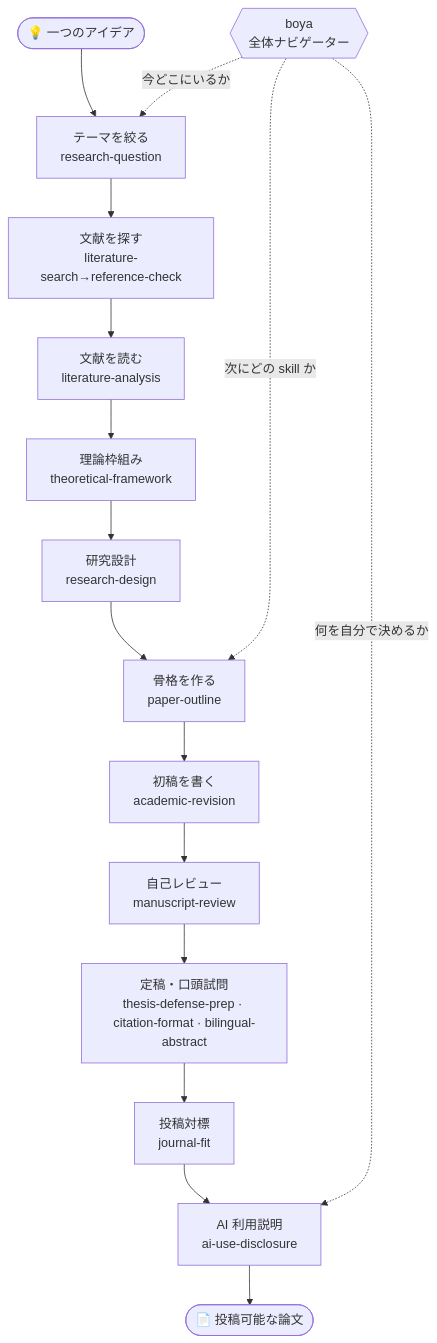
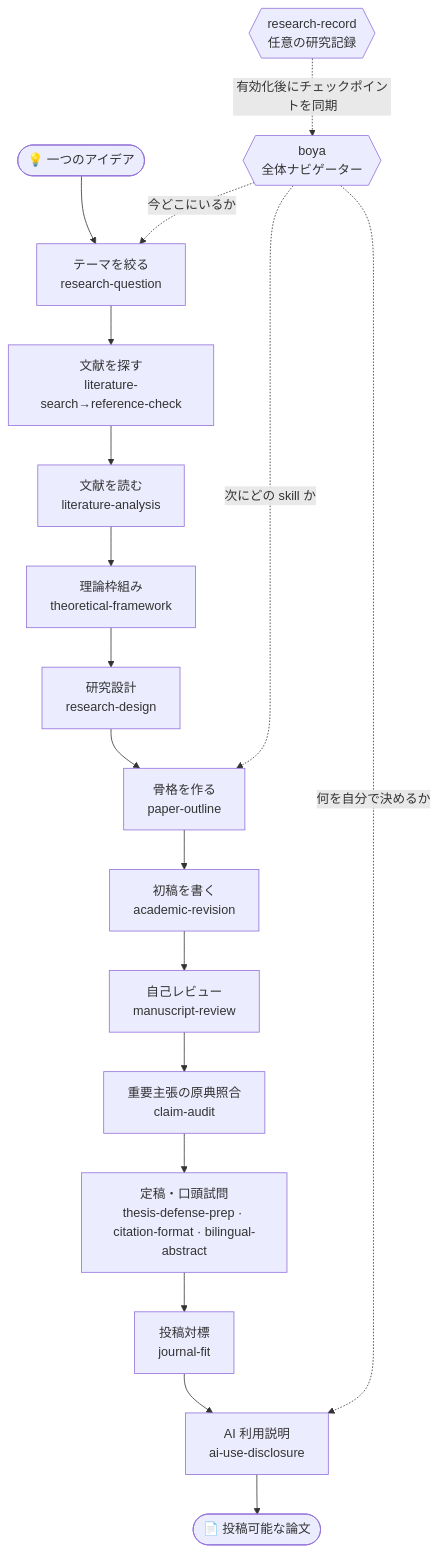
One commit to DylanChiang-Dev/BOYA-skills changed the diagram in README.ja.md. Above: the diagram before and after it, drawn with Mermaid. The commit also changed other lines of this file and 2 other files, not shown here.

Commit message:
补齐多语言 Skills 清单

````diff
--- a/README.ja.md
+++ b/README.ja.md
@@ -59,18 +59,20 @@
 ```mermaid
 flowchart TD
     Start([💡 一つのアイデア]) --> S1[テーマを絞る<br/>research-question]
     S1 --> S2[文献を探す<br/>literature-search→reference-check]
     S2 --> S3[文献を読む<br/>literature-analysis]
     S3 --> SF[理論枠組み<br/>theoretical-framework]
     SF --> S4[研究設計<br/>research-design]
     S4 --> S5[骨格を作る<br/>paper-outline]
     S5 --> S6[初稿を書く<br/>academic-revision]
     S6 --> S7[自己レビュー<br/>manuscript-review]
-    S7 --> S8[定稿・口頭試問<br/>thesis-defense-prep · citation-format · bilingual-abstract]
+    S7 --> SC[重要主張の原典照合<br/>claim-audit]
+    SC --> S8[定稿・口頭試問<br/>thesis-defense-prep · citation-format · bilingual-abstract]
     S8 --> S9[投稿対標<br/>journal-fit]
     S9 --> S10[AI 利用説明<br/>ai-use-disclosure]
     S10 --> End([📄 投稿可能な論文])
     RM{{boya<br/>全体ナビゲーター}} -.今どこにいるか.-> S1
     RM -.次にどの skill か.-> S5
     RM -.何を自分で決めるか.-> S10
+    RR{{research-record<br/>任意の研究記録}} -.有効化後にチェックポイントを同期.-> RM
 ```
````
